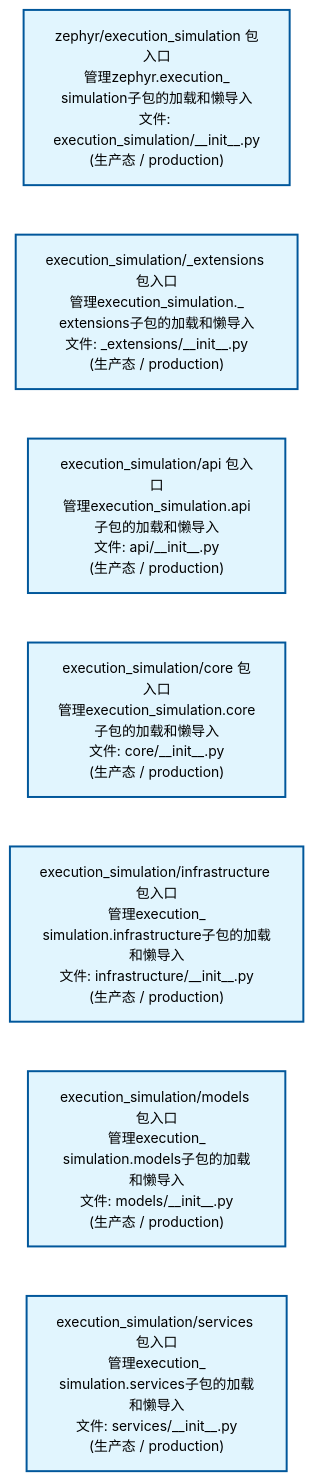
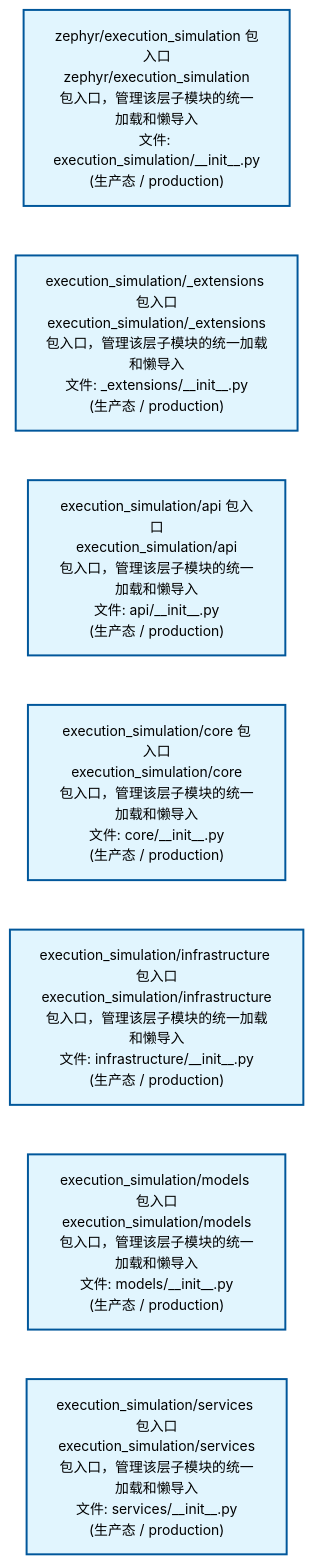
One commit to xuanFelixVan/ZephyrAlpha changed the first of 2 diagrams in docs/02_enterprise_architecture/02_domain_architecture_docs/43_d_exec_sim.md. Above: the diagram before and after it, drawn with Mermaid. The commit also changed other lines of this file and 58 other files, not shown here.

````diff
--- a/docs/02_enterprise_architecture/02_domain_architecture_docs/43_d_exec_sim.md
+++ b/docs/02_enterprise_architecture/02_domain_architecture_docs/43_d_exec_sim.md
@@ -53,22 +53,22 @@
 ```mermaid
 %%{init: {'theme': 'base', 'themeVariables': {'primaryColor': '#eaeaea', 'primaryTextColor': '#333333', 'primaryBorderColor': '#666666', 'lineColor': '#666666', 'secondaryColor': '#eaeaea', 'tertiaryColor': '#eaeaea', 'fontSize': '14px'}}}%%
 flowchart TD
-    src_zephyr_execution_simulation_init_py["zephyr/execution_simulation 包入口<br/>管理zephyr.execution_<br/>simulation子包的加载和懒导入<br/>文件: execution_simulation/__init__.py<br/>(生产态 / production)"]
-    src_zephyr_execution_simulation_extensions_init_py["execution_simulation/_extensions 包入口<br/>管理execution_simulation._<br/>extensions子包的加载和懒导入<br/>文件: _extensions/__init__.py<br/>(生产态 / production)"]
-    src_zephyr_execution_simulation_api_init_py["execution_simulation/api 包入口<br/>管理execution_simulation.api子包的加载和懒导入<br/>文件: api/__init__.py<br/>(生产态 / production)"]
-    src_zephyr_execution_simulation_core_init_py["execution_simulation/core 包入口<br/>管理execution_simulation.core子包的加载和懒导入<br/>文件: core/__init__.py<br/>(生产态 / production)"]
-    src_zephyr_execution_simulation_infrastructure_init_py["execution_simulation/infrastructure 包入口<br/>管理execution_<br/>simulation.infrastructure子包的加载和懒导入<br/>文件: infrastructure/__init__.py<br/>(生产态 / production)"]
-    src_zephyr_execution_simulation_models_init_py["execution_simulation/models 包入口<br/>管理execution_<br/>simulation.models子包的加载和懒导入<br/>文件: models/__init__.py<br/>(生产态 / production)"]
-    src_zephyr_execution_simulation_services_init_py["execution_simulation/services 包入口<br/>管理execution_<br/>simulation.services子包的加载和懒导入<br/>文件: services/__init__.py<br/>(生产态 / production)"]
+    src_zephyr_execution_simulation_init_py["zephyr/execution_simulation 包入口<br/>zephyr/execution_simulation<br/>包入口，管理该层子模块的统一加载和懒导入<br/>文件: execution_simulation/__init__.py<br/>(生产态 / production)"]
+    src_zephyr_execution_simulation_extensions_init_py["execution_simulation/_extensions 包入口<br/>execution_simulation/_extensions<br/>包入口，管理该层子模块的统一加载和懒导入<br/>文件: _extensions/__init__.py<br/>(生产态 / production)"]
+    src_zephyr_execution_simulation_api_init_py["execution_simulation/api 包入口<br/>execution_simulation/api<br/>包入口，管理该层子模块的统一加载和懒导入<br/>文件: api/__init__.py<br/>(生产态 / production)"]
+    src_zephyr_execution_simulation_core_init_py["execution_simulation/core 包入口<br/>execution_simulation/core<br/>包入口，管理该层子模块的统一加载和懒导入<br/>文件: core/__init__.py<br/>(生产态 / production)"]
+    src_zephyr_execution_simulation_infrastructure_init_py["execution_simulation/infrastructure 包入口<br/>execution_simulation/infrastructure<br/>包入口，管理该层子模块的统一加载和懒导入<br/>文件: infrastructure/__init__.py<br/>(生产态 / production)"]
+    src_zephyr_execution_simulation_models_init_py["execution_simulation/models 包入口<br/>execution_simulation/models<br/>包入口，管理该层子模块的统一加载和懒导入<br/>文件: models/__init__.py<br/>(生产态 / production)"]
+    src_zephyr_execution_simulation_services_init_py["execution_simulation/services 包入口<br/>execution_simulation/services<br/>包入口，管理该层子模块的统一加载和懒导入<br/>文件: services/__init__.py<br/>(生产态 / production)"]
     src_zephyr_execution_simulation_init_py ~~~ src_zephyr_execution_simulation_extensions_init_py
     src_zephyr_execution_simulation_extensions_init_py ~~~ src_zephyr_execution_simulation_api_init_py
     src_zephyr_execution_simulation_api_init_py ~~~ src_zephyr_execution_simulation_core_init_py
     src_zephyr_execution_simulation_core_init_py ~~~ src_zephyr_execution_simulation_infrastructure_init_py
     src_zephyr_execution_simulation_infrastructure_init_py ~~~ src_zephyr_execution_simulation_models_init_py
     src_zephyr_execution_simulation_models_init_py ~~~ src_zephyr_execution_simulation_services_init_py
     classDef production fill:#e1f5fe,stroke:#01579b,stroke-width:2px,color:#000
     classDef design fill:#fff3e0,stroke:#e65100,stroke-width:2px,color:#000,stroke-dasharray: 5 5
     classDef external_prod fill:#e8f4fd,stroke:#0277bd,stroke-width:1px,color:#000
     classDef external_design fill:#fff8e7,stroke:#ef6c00,stroke-width:1px,color:#000,stroke-dasharray: 5 5
     class src_zephyr_execution_simulation_init_py,src_zephyr_execution_simulation_extensions_init_py,src_zephyr_execution_simulation_api_init_py,src_zephyr_execution_simulation_core_init_py,src_zephyr_execution_simulation_infrastructure_init_py,src_zephyr_execution_simulation_models_init_py,src_zephyr_execution_simulation_services_init_py production
 ```
````
